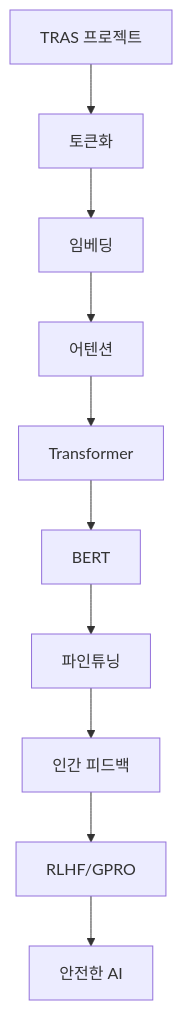
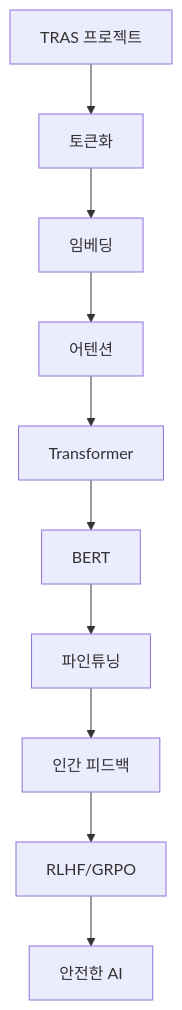
Before and after one commit to Baryon-ai/TRAS: the diagram in slides/section5_summary_quiz.md, drawn with Mermaid. The commit also changed other lines of this file and 13 other files, not shown here.

Commit message:
🎉 GPRO 모듈 및 관련 구성 요소 추가: GPRO 모델, 인간 피드백 시뮬레이터, OpenAI 검증자, 선호도 최적화 엔진, 성능 비교 시스템을 포함하여 정부 인재 추천을 위한 RLHF 기반 AI 시스템을 구현했습니다. README.md에 프로젝트 개요 및 모듈 구성 설명 추가. 슬라이드 자료에서 GPRO를 GRPO로 수정하고, 관련 내용 업데이트.

````diff
--- a/slides/section5_summary_quiz.md
+++ b/slides/section5_summary_quiz.md
@@ -146,12 +146,12 @@
 ```mermaid
 graph TD
     A[TRAS 프로젝트] --> B[토큰화]
     B --> C[임베딩]
     C --> D[어텐션]
     D --> E[Transformer]
     E --> F[BERT]
     F --> G[파인튜닝]
     G --> H[인간 피드백]
-    H --> I[RLHF/GPRO]
+    H --> I[RLHF/GRPO]
     I --> J[안전한 AI]
 ```
````
